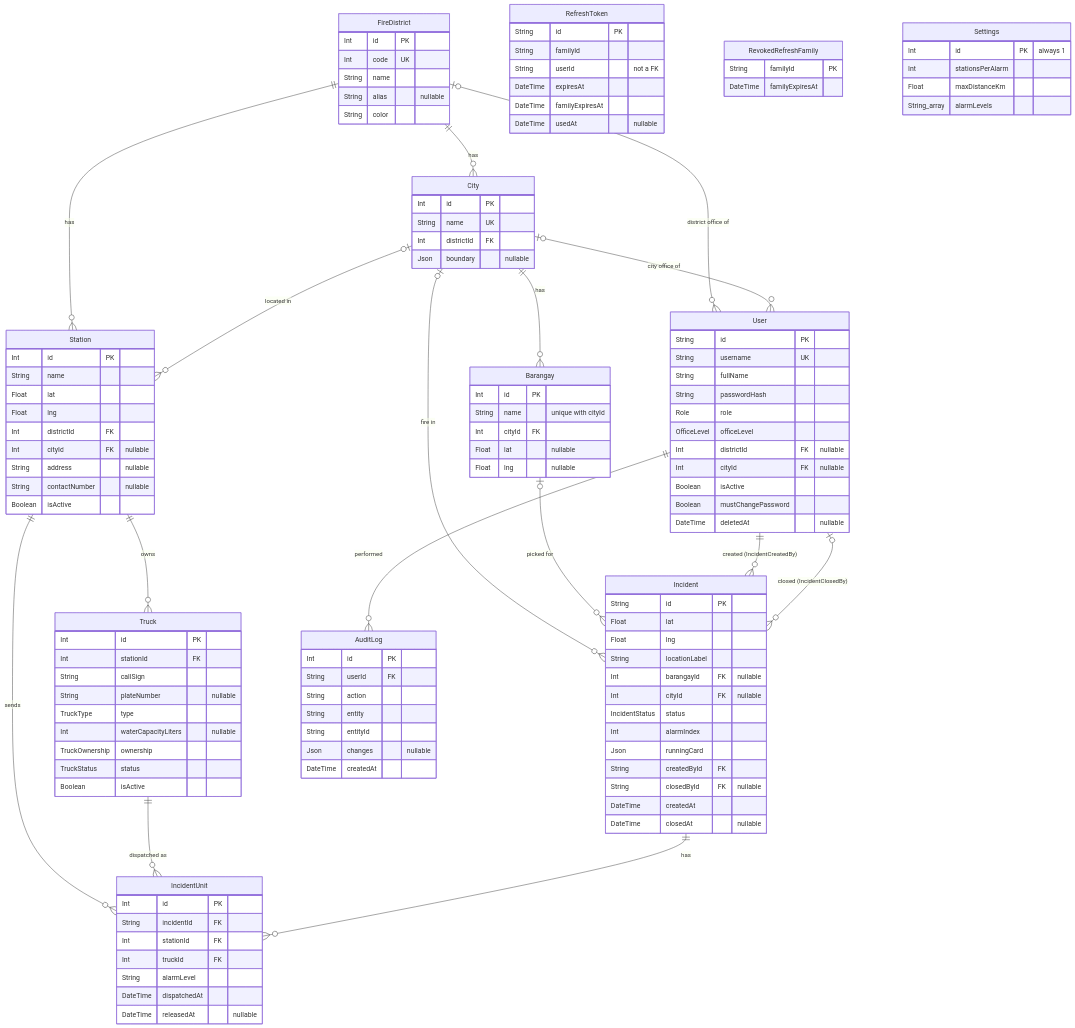
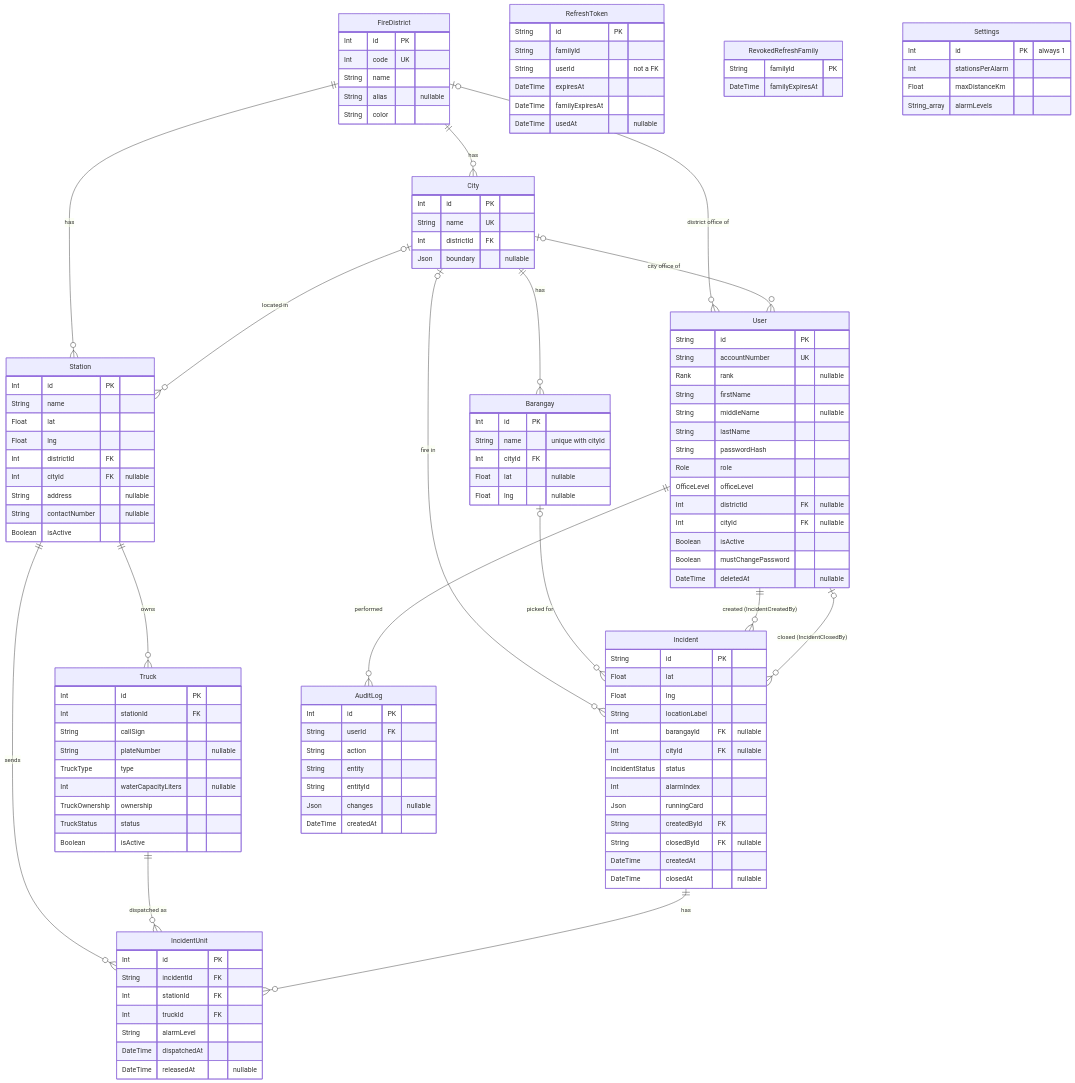
One commit to geofreybazar/runningcardsystem changed the diagram in docs/database/erd.md. Above: the diagram before and after it, drawn with Mermaid. The commit also changed 57 other files, not shown here.

First line of the commit message:
Users: rank, split names, account number as sign-in; validate with Zod

```diff
--- a/docs/database/erd.md
+++ b/docs/database/erd.md
@@ -64,8 +64,11 @@
   }
   User {
     String id PK
-    String username UK
-    String fullName
+    String accountNumber UK
+    Rank rank "nullable"
+    String firstName
+    String middleName "nullable"
+    String lastName
     String passwordHash
     Role role
     OfficeLevel officeLevel
```
